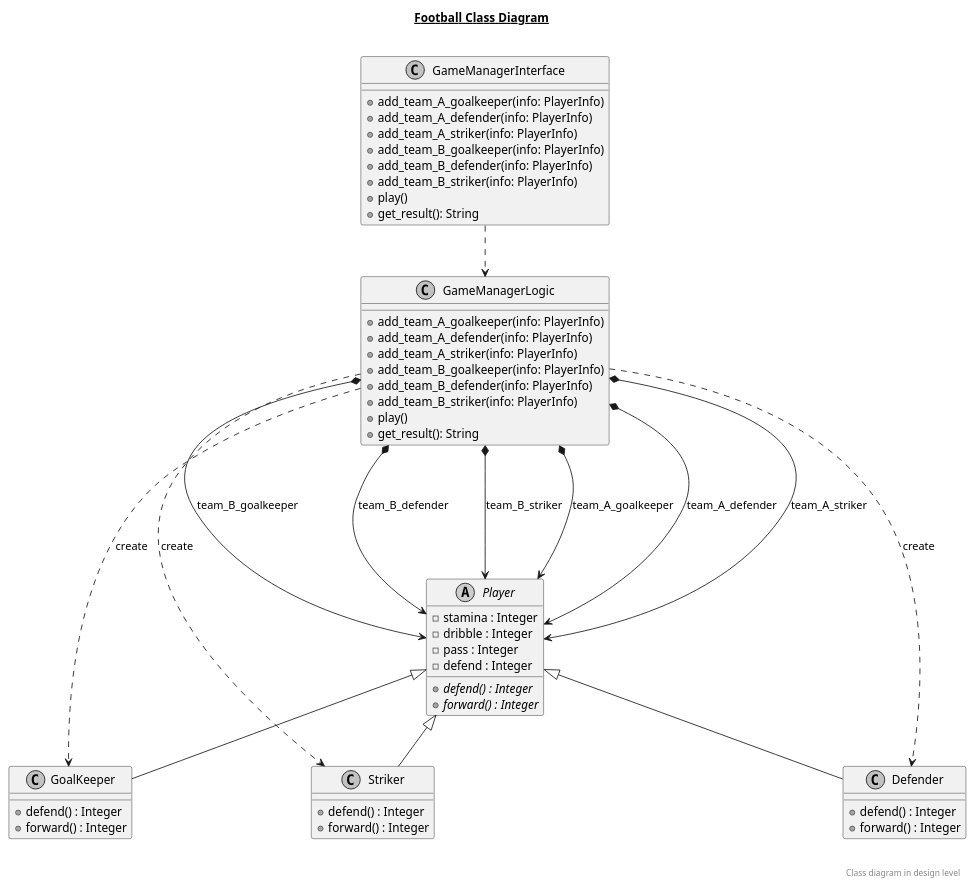
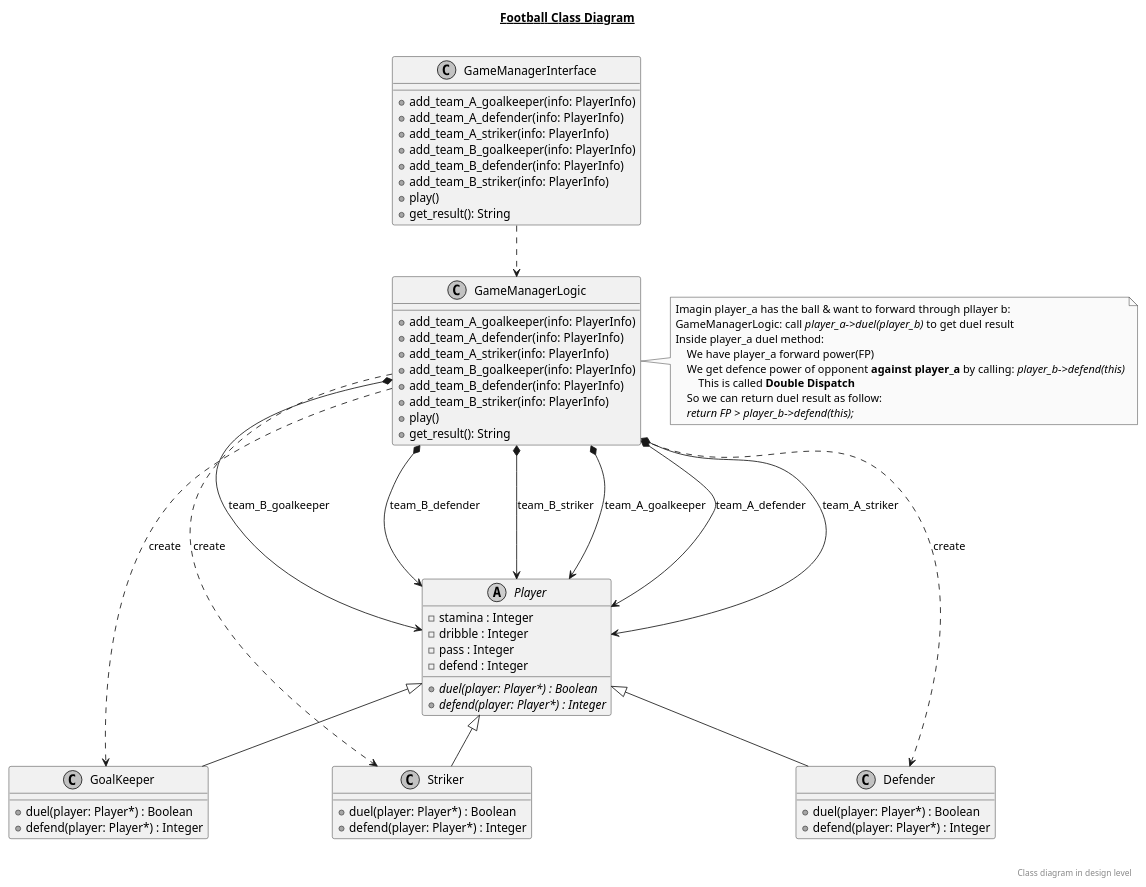
One commit to Moridi/AP-Spring-98-CA-6-Inheritance changed the diagram in Part-3/diagram.puml. Above: the diagram before and after it, drawn with PlantUML. The commit also changed 1 other file, not shown here.

Commit message:
Add comments to diagram part 3

```diff
--- a/Part-3/diagram.puml
+++ b/Part-3/diagram.puml
@@ -1,75 +1,85 @@
 @startuml
 
 skinparam Monochrome true
 
 title __Football Class Diagram__\n
 
 class GameManagerInterface {
     + add_team_A_goalkeeper(info: PlayerInfo)
 	+ add_team_A_defender(info: PlayerInfo)
 	+ add_team_A_striker(info: PlayerInfo)
 	+ add_team_B_goalkeeper(info: PlayerInfo)
 	+ add_team_B_defender(info: PlayerInfo)
 	+ add_team_B_striker(info: PlayerInfo)
 	+ play()
 	+ get_result(): String
 }
 
 class GameManagerLogic {
     + add_team_A_goalkeeper(info: PlayerInfo)
 	+ add_team_A_defender(info: PlayerInfo)
 	+ add_team_A_striker(info: PlayerInfo)
 	+ add_team_B_goalkeeper(info: PlayerInfo)
 	+ add_team_B_defender(info: PlayerInfo)
 	+ add_team_B_striker(info: PlayerInfo)
 	+ play()
 	+ get_result(): String
 }
+note right of GameManagerLogic
+Imagin player_a has the ball & want to forward through pllayer b:
+GameManagerLogic: call <i>player_a->duel(player_b)</i> to get duel result 
+Inside player_a duel method:
+    We have player_a forward power(FP) 
+    We get defence power of opponent <b>against player_a</b> by calling: <i>player_b->defend(this)</i>
+        This is called <b>Double Dispatch</b>
+    So we can return duel result as follow:
+    <i>return FP > player_b->defend(this);</i>
+end note
 
 abstract class Player {
     - stamina : Integer
     - dribble : Integer
     - pass : Integer
     - defend : Integer
-    {abstract} + defend() : Integer
-    {abstract} + forward() : Integer
+    {abstract} + duel(player: Player*) : Boolean
+    {abstract} + defend(player: Player*) : Integer
 }
 
 class GoalKeeper {
-    + defend() : Integer
-    + forward() : Integer
+    + duel(player: Player*) : Boolean
+    + defend(player: Player*) : Integer
 }
 
 class Defender {
-    + defend() : Integer
-    + forward() : Integer
+    + duel(player: Player*) : Boolean
+    + defend(player: Player*) : Integer
 }
 
 class Striker {
-    + defend() : Integer
-    + forward() : Integer
+    + duel(player: Player*) : Boolean
+    + defend(player: Player*) : Integer
 }
 
 GameManagerInterface ..> GameManagerLogic
 GameManagerLogic *---> Player: team_A_goalkeeper
 GameManagerLogic *---> Player: team_A_defender
 GameManagerLogic *---> Player: team_A_striker
 GameManagerLogic *---> Player: team_B_goalkeeper
 GameManagerLogic *---> Player: team_B_defender
 GameManagerLogic *---> Player: team_B_striker
 GameManagerLogic ..> GoalKeeper: create
 GameManagerLogic ..> Defender: create
 GameManagerLogic ..> Striker: create
 
 GoalKeeper -up-|> Player
 Defender -up-|> Player
 Striker -up-|> Player
 
 
 right footer
 
 
     Class diagram in design level
 endfooter
 
 @enduml
```
